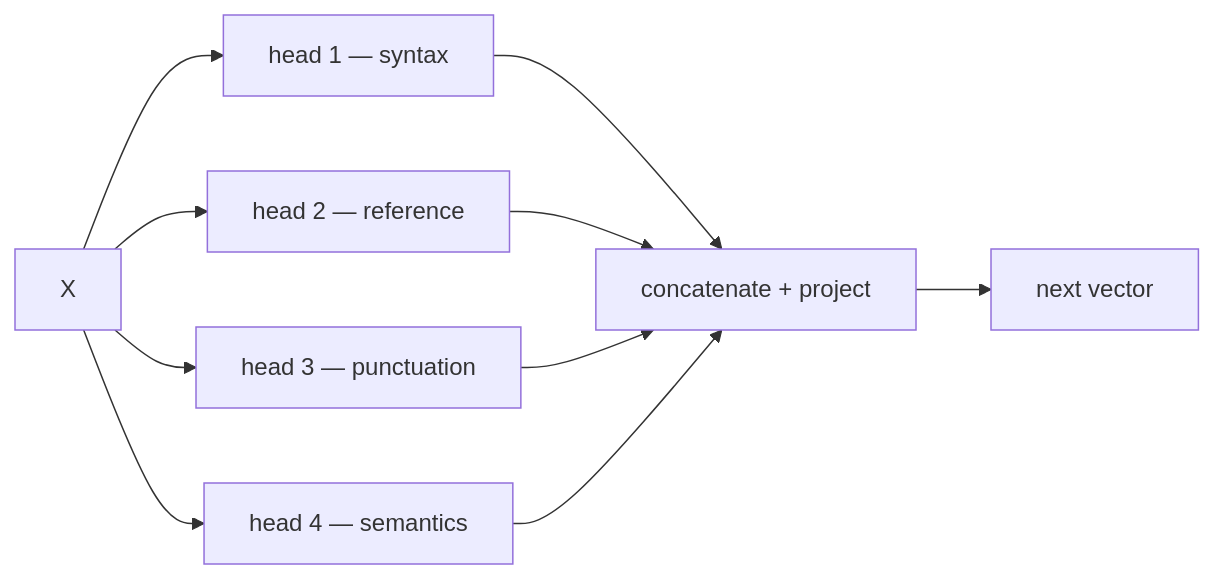
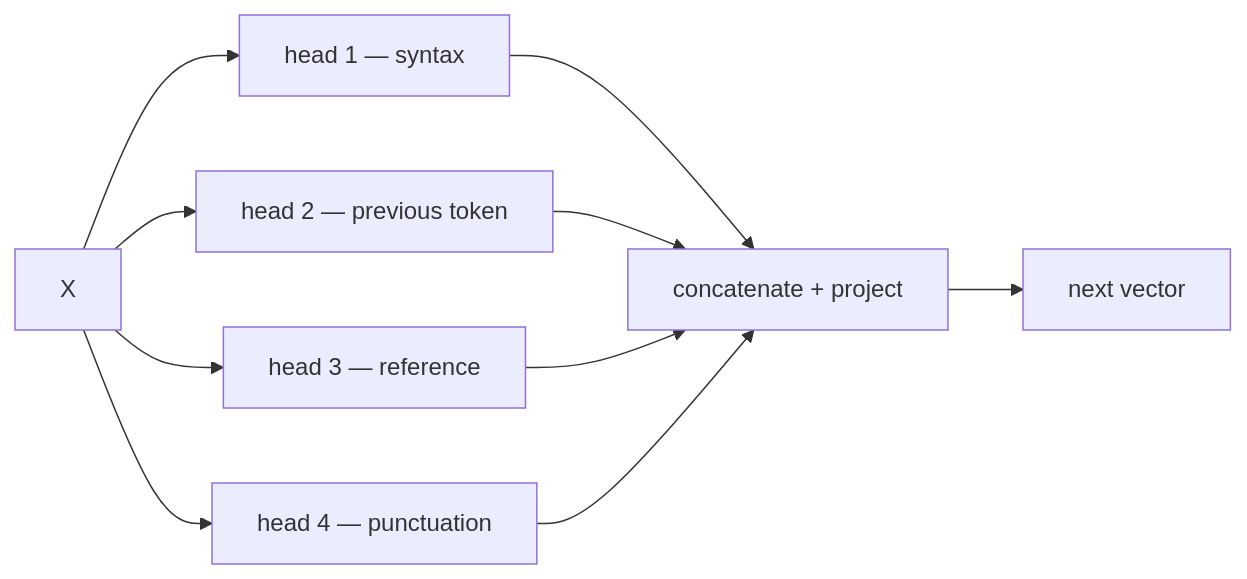
One commit to Mostakim2005/gpt-moe-3d-explainer changed the fourth of 9 diagrams in docs/algorithms.md. Above: the diagram before and after it, drawn with Mermaid. The commit also changed other lines of this file and 7 other files, not shown here.

````diff
--- a/docs/algorithms.md
+++ b/docs/algorithms.md
@@ -86,9 +86,9 @@
 ```mermaid
 flowchart LR
     X --> H1[head 1 — syntax]
-    X --> H2[head 2 — reference]
-    X --> H3[head 3 — punctuation]
-    X --> H4[head 4 — semantics]
+    X --> H2[head 2 — previous token]
+    X --> H3[head 3 — reference]
+    X --> H4[head 4 — punctuation]
     H1 & H2 & H3 & H4 --> CAT[concatenate + project]
     CAT --> X2[next vector]
 ```
````
